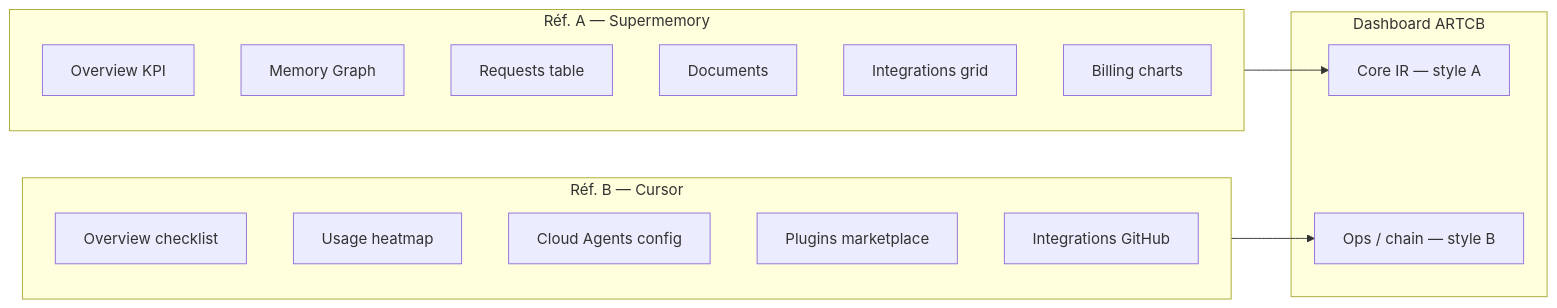
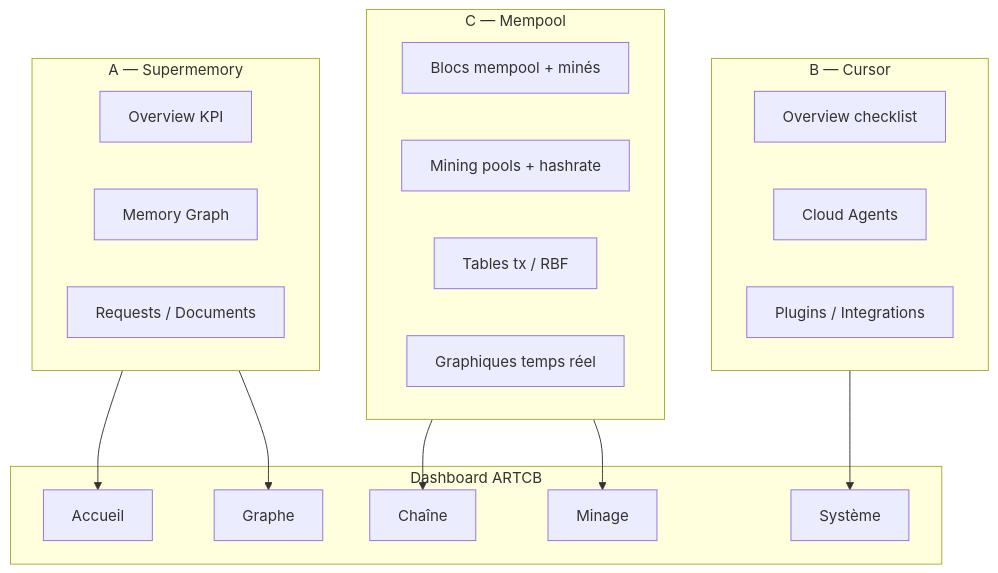
The first of 4 diagrams in CAHIER_DES_CHARGES_DASHBOARD_ARTCB.md (vgac2025/lvx), drawn with Mermaid before and after one commit. The commit also changed other lines of this file and 1 other file, not shown here.

Commit message:
docs: CDC dashboard v1.3 — 65 captures, référence Mempool.space

````diff
--- a/CAHIER_DES_CHARGES_DASHBOARD_ARTCB.md
+++ b/CAHIER_DES_CHARGES_DASHBOARD_ARTCB.md
@@ -93,24 +94,29 @@
 ```mermaid
-flowchart LR
-    subgraph A["Réf. A — Supermemory"]
+flowchart TB
+    subgraph A["A — Supermemory"]
         A1[Overview KPI]
         A2[Memory Graph]
-        A3[Requests table]
-        A4[Documents]
-        A5[Integrations grid]
-        A6[Billing charts]
+        A3[Requests / Documents]
     end
-    subgraph B["Réf. B — Cursor"]
+    subgraph B["B — Cursor"]
         B1[Overview checklist]
-        B2[Usage heatmap]
-        B3[Cloud Agents config]
-        B4[Plugins marketplace]
-        B5[Integrations GitHub]
+        B2[Cloud Agents]
+        B3[Plugins / Integrations]
+    end
+    subgraph C["C — Mempool"]
+        C1[Blocs mempool + minés]
+        C2[Mining pools + hashrate]
+        C3[Tables tx / RBF]
+        C4[Graphiques temps réel]
     end
     subgraph ARTCB["Dashboard ARTCB"]
-        C1[Core IR — style A]
-        C2[Ops / chain — style B]
+        V1[Accueil]
+        V3[Graphe]
+        V4[Chaîne]
+        V6[Minage]
+        V7[Système]
     end
-    A --> C1
-    B --> C2
+    A --> V1 & V3
+    B --> V7
+    C --> V4 & V6
 ```
````
